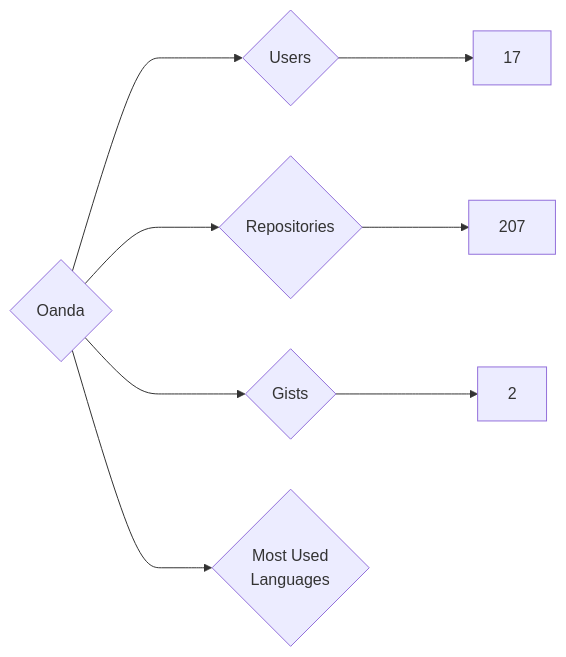
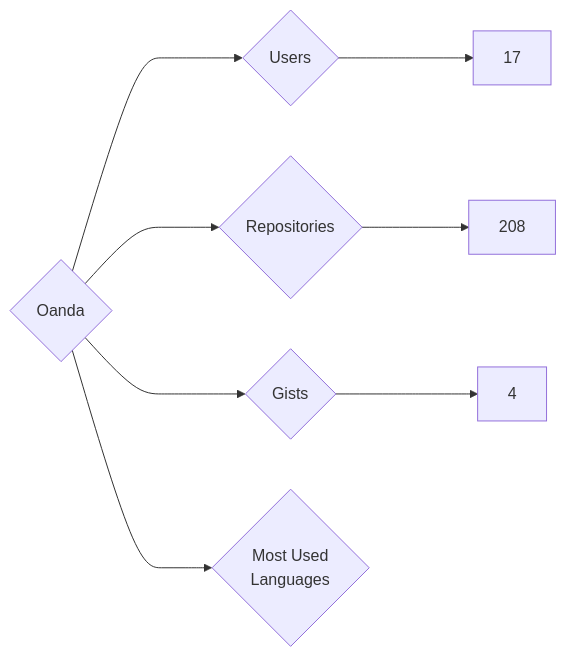
Before and after one commit to nenadzaric/insiders: the diagram in targets/Oanda/README.md, drawn with Mermaid. The commit also changed 1342 other files, not shown here.

````diff
--- a/targets/Oanda/README.md
+++ b/targets/Oanda/README.md
@@ -3,8 +3,8 @@
 ```mermaid
 graph LR
 COMPANY_NAME{Oanda}
 COMPANY_NAME ---> U{Users} ---> UN[17]
-COMPANY_NAME ---> R{Repositories} ---> RN[207]
-COMPANY_NAME ---> G{Gists} ---> GN[2]
+COMPANY_NAME ---> R{Repositories} ---> RN[208]
+COMPANY_NAME ---> G{Gists} ---> GN[4]
 COMPANY_NAME ---> ML{Most Used<br>Languages}
 ```
````
